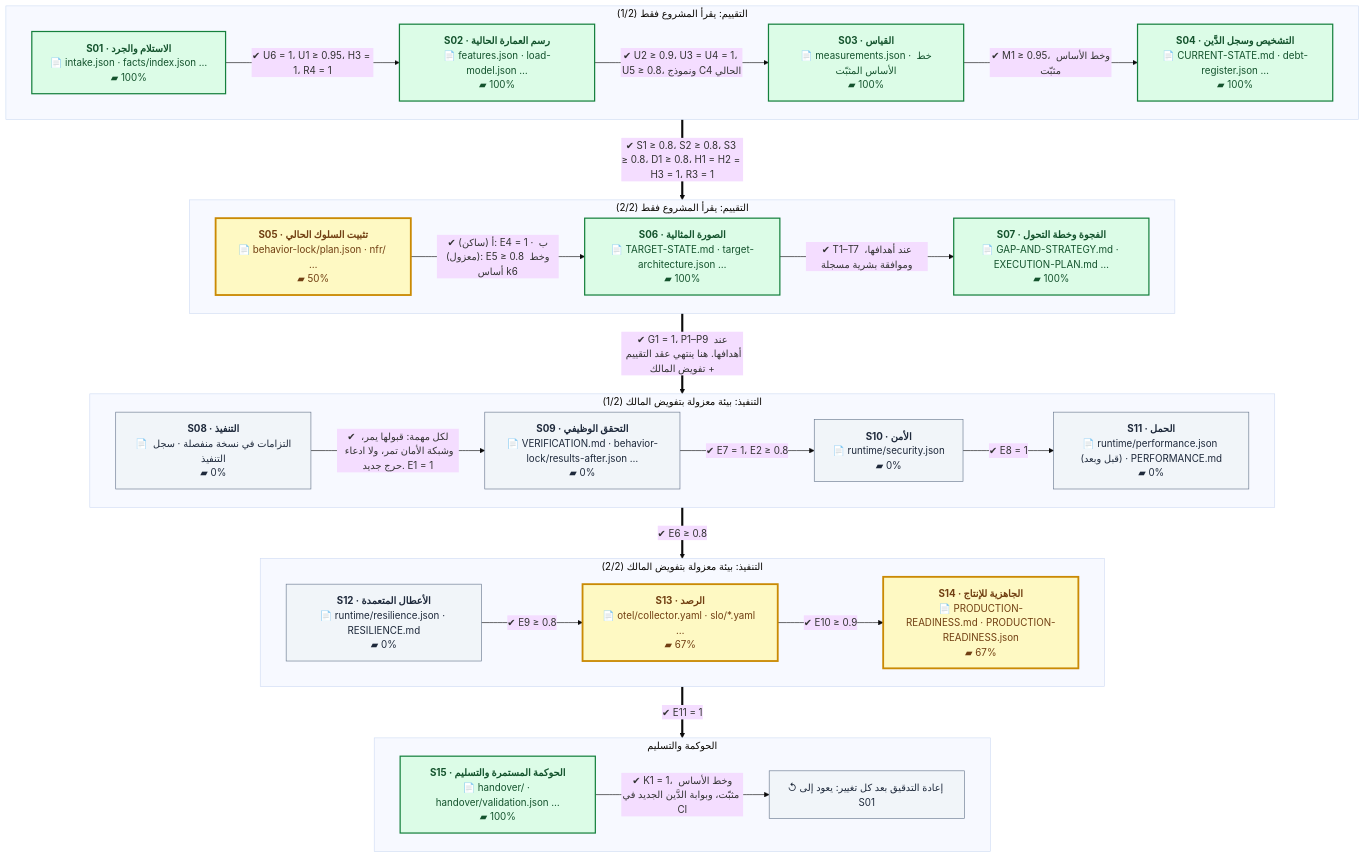
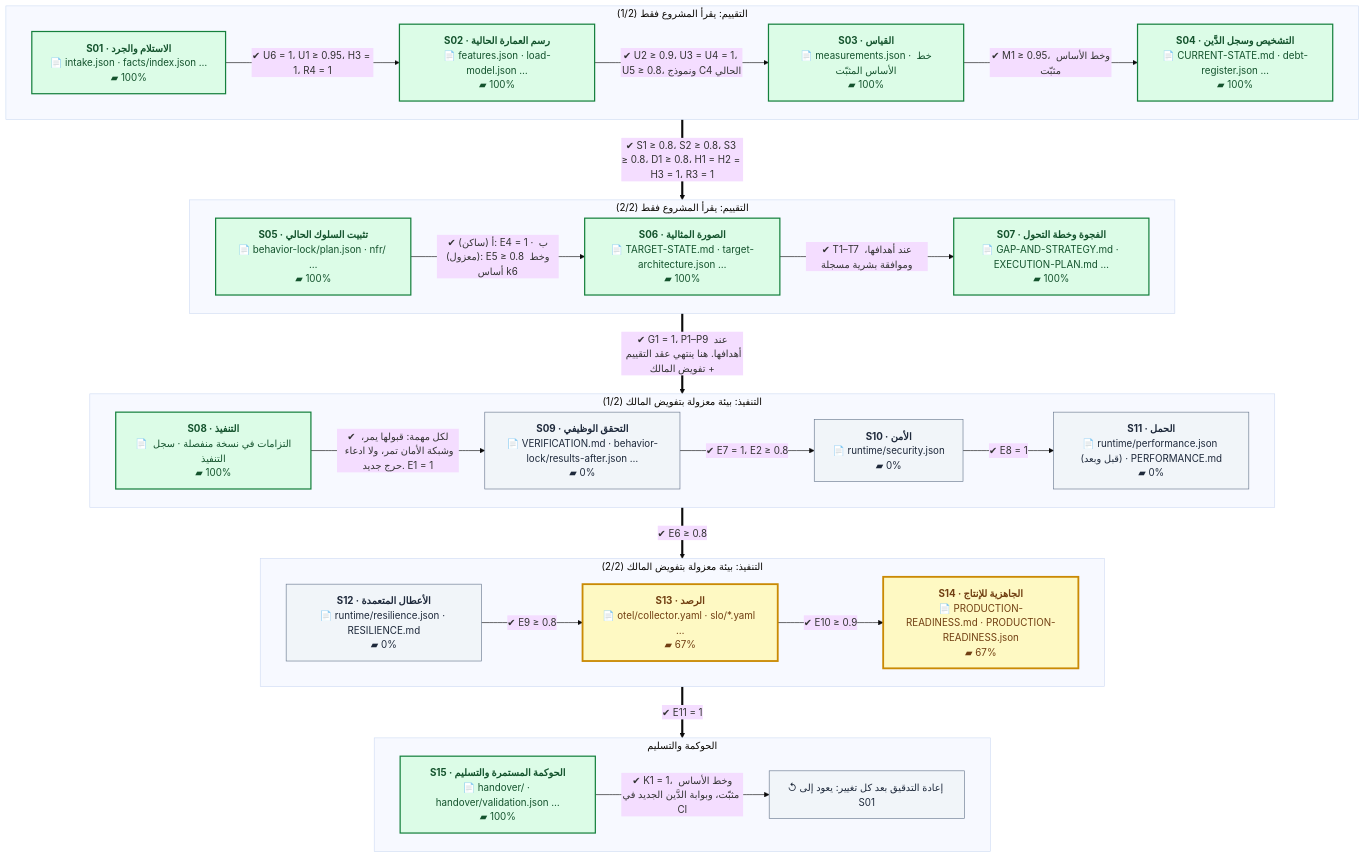
One commit to eom1417/engineering-audit-os changed the first of 2 diagrams in README.md. Above: the diagram before and after it, drawn with Mermaid (base theme). The commit also changed other lines of this file and 7 other files, not shown here.

First line of the commit message:
Steps 17 and 18 complete (NS26, NS9): the lock holds 28/28 and two plan cards run through every gate

````diff
--- a/README.md
+++ b/README.md
@@ -52,54 +52,54 @@
 ```mermaid
 %%{init: {'flowchart': {'wrappingWidth': 260, 'nodeSpacing': 40, 'rankSpacing': 60}}}%%
 flowchart TB
     subgraph P1["التقييم: يقرأ المشروع فقط (1/2)"]
         direction LR
         S01["<b>S01 · الاستلام والجرد</b><br/>📄 intake.json · facts/index.json …<br/>▰ 100%"]:::done
         S02["<b>S02 · رسم العمارة الحالية</b><br/>📄 features.json · load-model.json …<br/>▰ 100%"]:::done
         S03["<b>S03 · القياس</b><br/>📄 measurements.json · خط الأساس المثبّت<br/>▰ 100%"]:::done
         S04["<b>S04 · التشخيص وسجل الدَّين</b><br/>📄 CURRENT-STATE.md · debt-register.json …<br/>▰ 100%"]:::done
         S01 -->|"✔ U6 = 1، U1 ≥ 0.95، H3 = 1، R4 = 1"| S02
         S02 -->|"✔ U2 ≥ 0.9، U3 = U4 = 1، U5 ≥ 0.8، ونموذج C4 الحالي"| S03
         S03 -->|"✔ M1 ≥ 0.95، وخط الأساس مثبّت"| S04
     end
     subgraph P2["التقييم: يقرأ المشروع فقط (2/2)"]
         direction LR
-        S05["<b>S05 · تثبيت السلوك الحالي</b><br/>📄 behavior-lock/plan.json · nfr/ …<br/>▰ 50%"]:::current
+        S05["<b>S05 · تثبيت السلوك الحالي</b><br/>📄 behavior-lock/plan.json · nfr/ …<br/>▰ 100%"]:::done
         S06["<b>S06 · الصورة المثالية</b><br/>📄 TARGET-STATE.md · target-architecture.json …<br/>▰ 100%"]:::done
         S07["<b>S07 · الفجوة وخطة التحول</b><br/>📄 GAP-AND-STRATEGY.md · EXECUTION-PLAN.md …<br/>▰ 100%"]:::done
         S05 -->|"✔ أ (ساكن): E4 = 1 · ب (معزول): E5 ≥ 0.8 وخط أساس k6"| S06
         S06 -->|"✔ T1–T7 عند أهدافها، وموافقة بشرية مسجلة"| S07
     end
     subgraph P3["التنفيذ: بيئة معزولة بتفويض المالك (1/2)"]
         direction LR
-        S08["<b>S08 · التنفيذ</b><br/>📄 التزامات في نسخة منفصلة · سجل التنفيذ<br/>▰ 0%"]:::next
+        S08["<b>S08 · التنفيذ</b><br/>📄 التزامات في نسخة منفصلة · سجل التنفيذ<br/>▰ 100%"]:::done
         S09["<b>S09 · التحقق الوظيفي</b><br/>📄 VERIFICATION.md · behavior-lock/results-after.json …<br/>▰ 0%"]:::next
         S10["<b>S10 · الأمن</b><br/>📄 runtime/security.json<br/>▰ 0%"]:::next
         S11["<b>S11 · الحمل</b><br/>📄 runtime/performance.json (قبل وبعد) · PERFORMANCE.md<br/>▰ 0%"]:::next
         S08 -->|"✔ لكل مهمة: قبولها يمر، وشبكة الأمان تمر، ولا ادعاء حرج جديد. E1 = 1"| S09
         S09 -->|"✔ E7 = 1، E2 ≥ 0.8"| S10
         S10 -->|"✔ E8 = 1"| S11
     end
     subgraph P4["التنفيذ: بيئة معزولة بتفويض المالك (2/2)"]
         direction LR
         S12["<b>S12 · الأعطال المتعمدة</b><br/>📄 runtime/resilience.json · RESILIENCE.md<br/>▰ 0%"]:::next
         S13["<b>S13 · الرصد</b><br/>📄 otel/collector.yaml · slo/*.yaml …<br/>▰ 67%"]:::current
         S14["<b>S14 · الجاهزية للإنتاج</b><br/>📄 PRODUCTION-READINESS.md · PRODUCTION-READINESS.json<br/>▰ 67%"]:::current
         S12 -->|"✔ E9 ≥ 0.8"| S13
         S13 -->|"✔ E10 ≥ 0.9"| S14
     end
     subgraph P5["الحوكمة والتسليم"]
         direction LR
         S15["<b>S15 · الحوكمة المستمرة والتسليم</b><br/>📄 handover/ · handover/validation.json …<br/>▰ 100%"]:::done
         LOOP["↺ إعادة التدقيق بعد كل تغيير: يعود إلى S01"]:::next
         S15 -->|"✔ K1 = 1، وخط الأساس مثبّت، وبوابة الدَّين الجديد في CI"| LOOP
     end
     P1 ==>|"✔ S1 ≥ 0.8، S2 ≥ 0.8، S3 ≥ 0.8، D1 ≥ 0.8، H1 = H2 = H3 = 1، R3 = 1"| P2
     P2 ==>|"✔ G1 = 1، P1–P9 عند أهدافها. هنا ينتهي عقد التقييم + تفويض المالك"| P3
     P3 ==>|"✔ E6 ≥ 0.8"| P4
     P4 ==>|"✔ E11 = 1"| P5
     classDef done fill:#dcfce7,stroke:#15803d,color:#14532d,stroke-width:2px
     classDef current fill:#fef9c3,stroke:#ca8a04,color:#713f12,stroke-width:3px
     classDef next fill:#f1f5f9,stroke:#64748b,color:#1e293b
     classDef owner fill:#fee2e2,stroke:#b91c1c,color:#7f1d1d,stroke-dasharray:5 3
 ```
````
